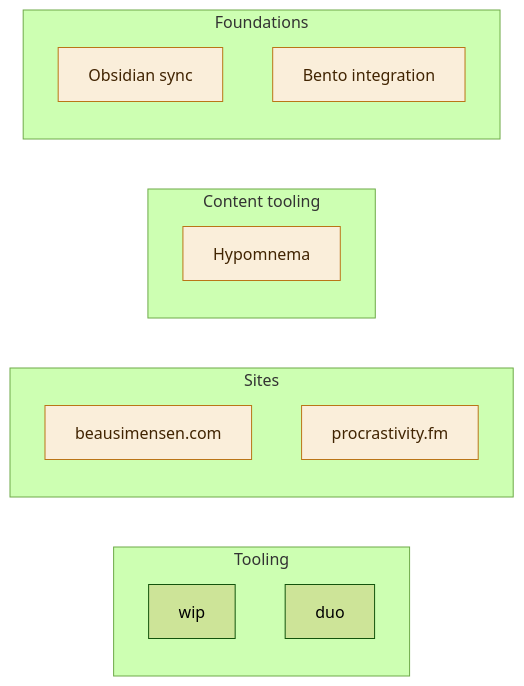
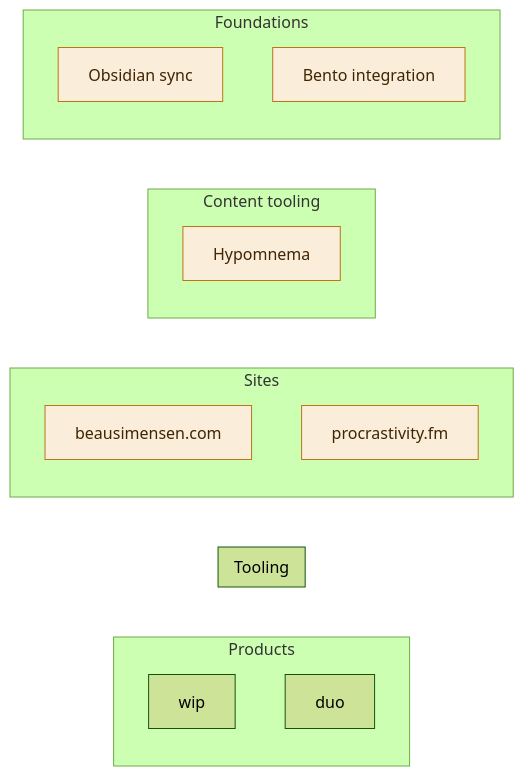
One commit to simensen/beausimensen-com-content changed the diagram in pages/now.md. Above: the diagram before and after it, drawn with Mermaid (forest theme).

Commit message:
sync 2026-08-15T13:11:35Z

````diff
--- a/pages/now.md
+++ b/pages/now.md
@@ -12,31 +12,31 @@
 ```mermaid
 flowchart LR
-    subgraph Tooling
+    subgraph Products
         wip[wip]
         duo[duo]
     end
 
     subgraph Tooling
         wip[wip]
         duo[duo]
     end
 
     subgraph Sites
         beausimensen[beausimensen.com]
         procrastivity[procrastivity.fm]
     end
 
     subgraph "Content tooling"
         hypomnema[Hypomnema]
     end
 
     subgraph Foundations
         sync[Obsidian sync]
         bento[Bento integration]
     end
 
     classDef shipped fill:#EAF3DE,stroke:#639922,color:#173404
     classDef active fill:#FAEEDA,stroke:#BA7517,color:#412402
     class gethmn shipped
     class beausimensen,procrastivity,hypomnema,sync,bento active
 ```
````
